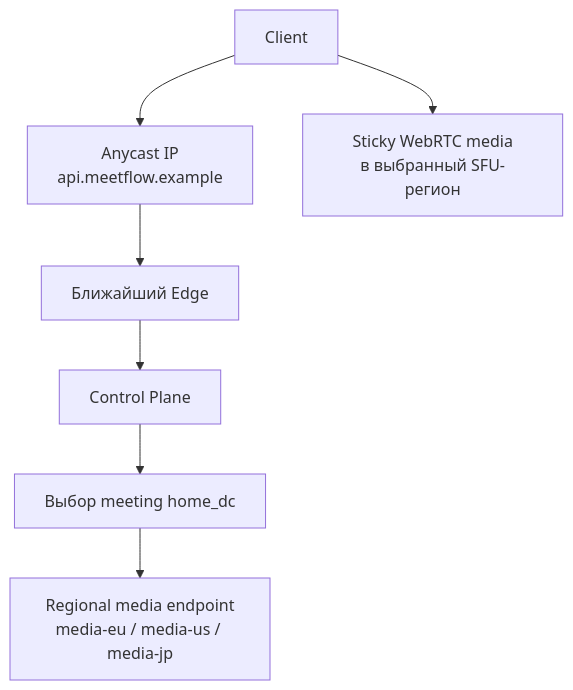
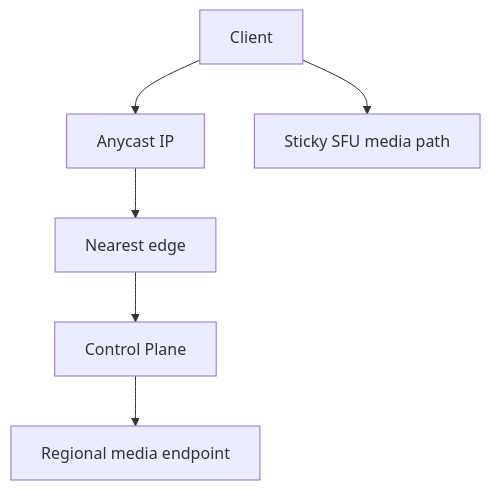
The third of 4 diagrams in README.md (Danykrane/system_design), drawn with Mermaid before and after one commit. The commit also changed other lines of this file and 1 other file, not shown here.

````diff
--- a/README.md
+++ b/README.md
@@ -338,9 +324,8 @@
 ```mermaid
 flowchart TD
-    C["Client"] --> AIP["Anycast IP<br/>api.meetflow.example"]
-    AIP --> EDGE["Ближайший Edge"]
+    C["Client"] --> A["Anycast IP"]
+    A --> EDGE["Nearest edge"]
     EDGE --> CP["Control Plane"]
-    CP --> REGION["Выбор meeting home_dc"]
-    REGION --> EP["Regional media endpoint<br/>media-eu / media-us / media-jp"]
-    C --> SFU["Sticky WebRTC media<br/>в выбранный SFU-регион"]
+    CP --> R["Regional media endpoint"]
+    C --> SFU["Sticky SFU media path"]
 ```
````
